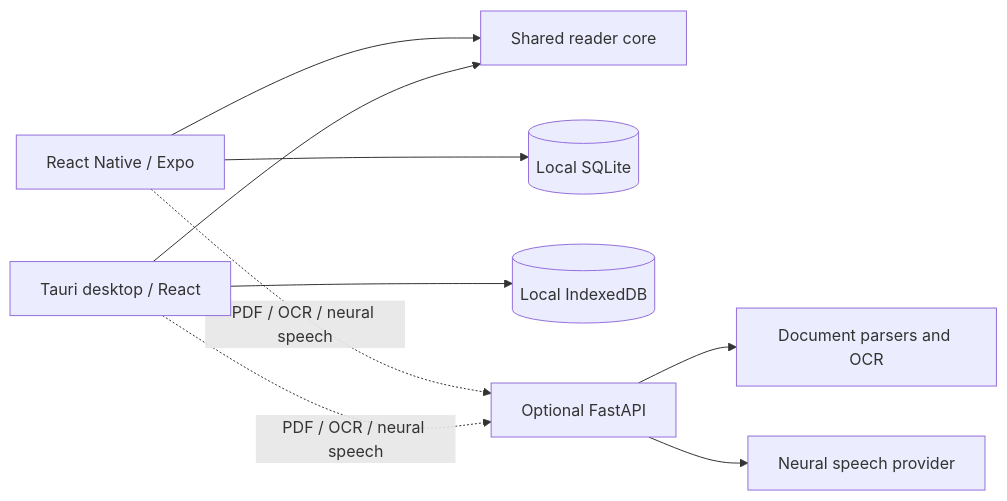
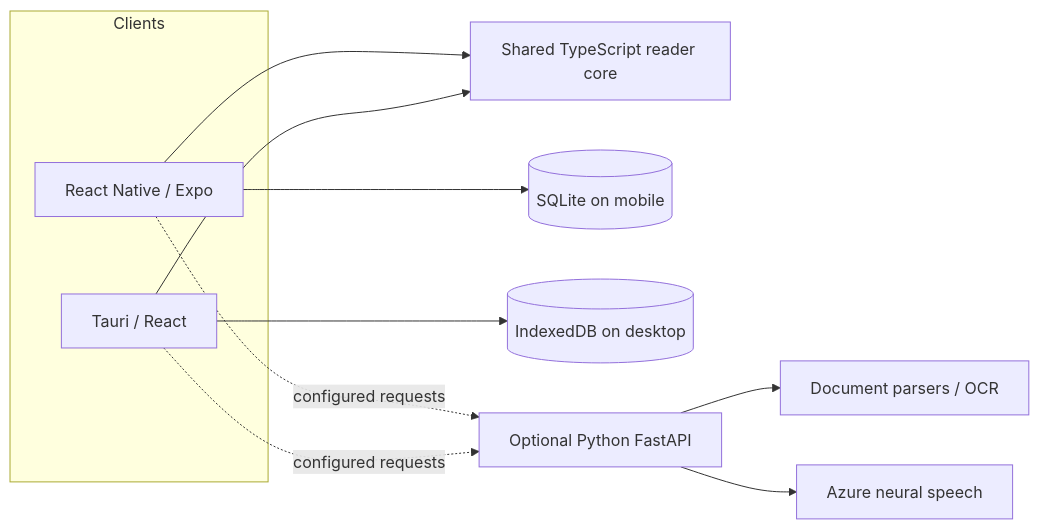
Before and after one commit to PerezChris99/ReadAloud: the second of 2 diagrams in README.md, drawn with Mermaid. The commit also changed other lines of this file and 2 other files, not shown here.

Commit message:
Document release gates, system boundaries, and store readiness

````diff
--- a/README.md
+++ b/README.md
@@ -32,11 +40,21 @@
-~~~mermaid
+```mermaid
 flowchart LR
-  M[React Native / Expo] --> C[Shared reader core]
-  D[Tauri desktop / React] --> C
-  M --> S[(Local SQLite)]
-  D --> L[(Local IndexedDB)]
-  M -. PDF / OCR / neural speech .-> A[Optional FastAPI]
-  D -. PDF / OCR / neural speech .-> A
-  A --> P[Document parsers and OCR]
-  A --> T[Neural speech provider]
-~~~
+    subgraph Clients
+      A[React Native / Expo]
+      B[Tauri / React]
+    end
+    C[Shared TypeScript reader core]
+    D[(SQLite on mobile)]
+    E[(IndexedDB on desktop)]
+    F[Optional Python FastAPI]
+    G[Document parsers / OCR]
+    H[Azure neural speech]
+    A --> C
+    B --> C
+    A --> D
+    B --> E
+    A -. configured requests .-> F
+    B -. configured requests .-> F
+    F --> G
+    F --> H
+```
````
